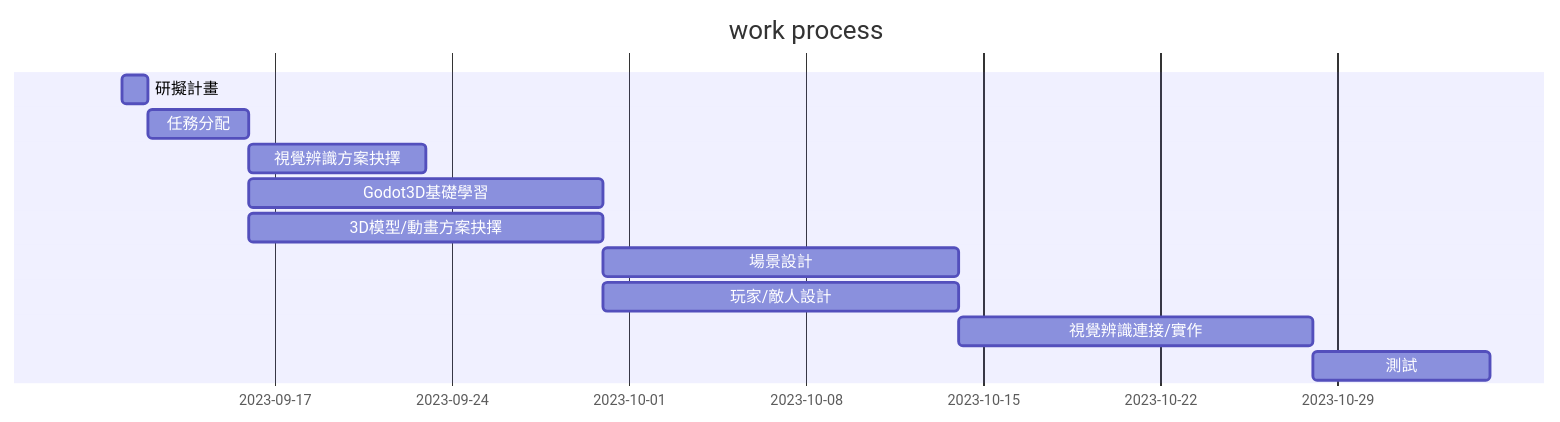
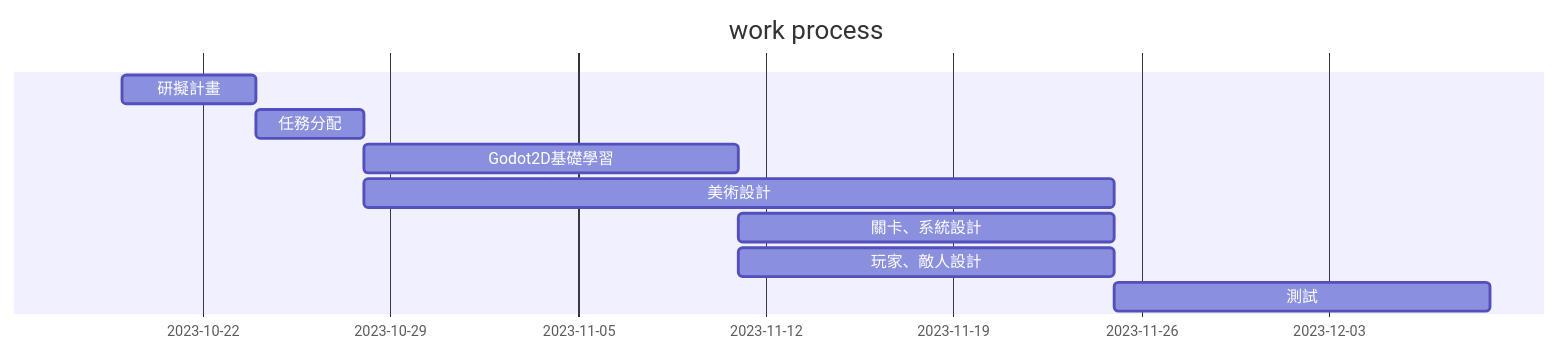
Before and after one commit to LearnLa/class_seven: the diagram in README.md, drawn with Mermaid. The commit also changed other lines of this file, not shown here.

````diff
--- a/README.md
+++ b/README.md
@@ -35,13 +23,11 @@
 ```mermaid
 gantt
     title work process
-    研擬計畫:a1, 2023-09-11, 1d
+    研擬計畫:a1, 2023-10-19, 5d
     任務分配:a2, after a1, 4d
-    視覺辨識方案抉擇:a3, after a2, 7d
-    Godot3D基礎學習:a4, after a2, 14d
-    3D模型/動畫方案抉擇:a5, after a2, 14d
-    場景設計:a6, after a4 & a5, 14d
-    玩家/敵人設計:a7, after a4 & a5, 14d
-    視覺辨識連接/實作:a8, after a6 & a7, 14d
-    測試:a9, after a8, 7d
+    Godot2D基礎學習:a3, after a2, 14d
+    美術設計:a4, after a2, 28d
+    關卡、系統設計:a5, after a3, 14d
+    玩家、敵人設計:a6, after a3, 14d
+    測試:a9, after a5 & a6, 14d
 ```
````
